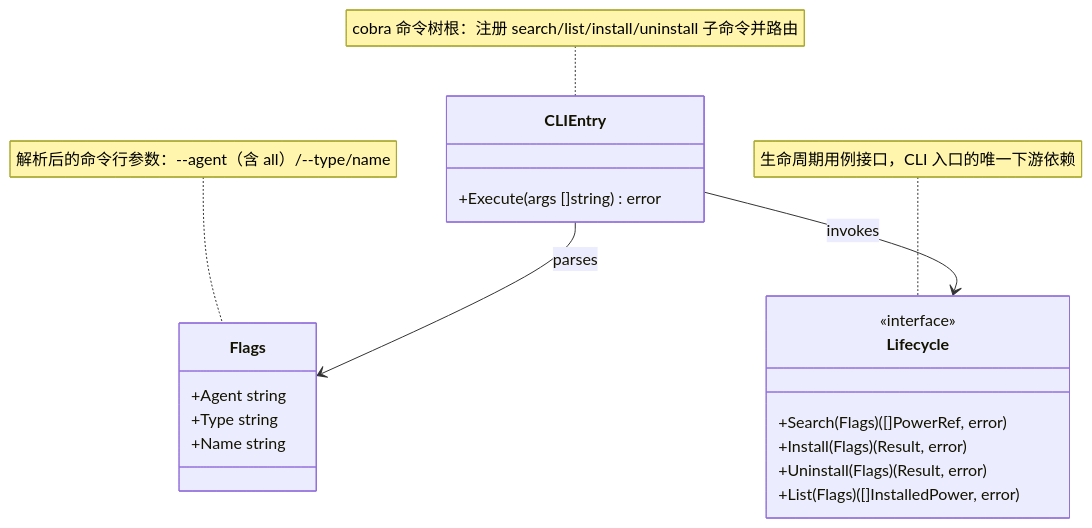
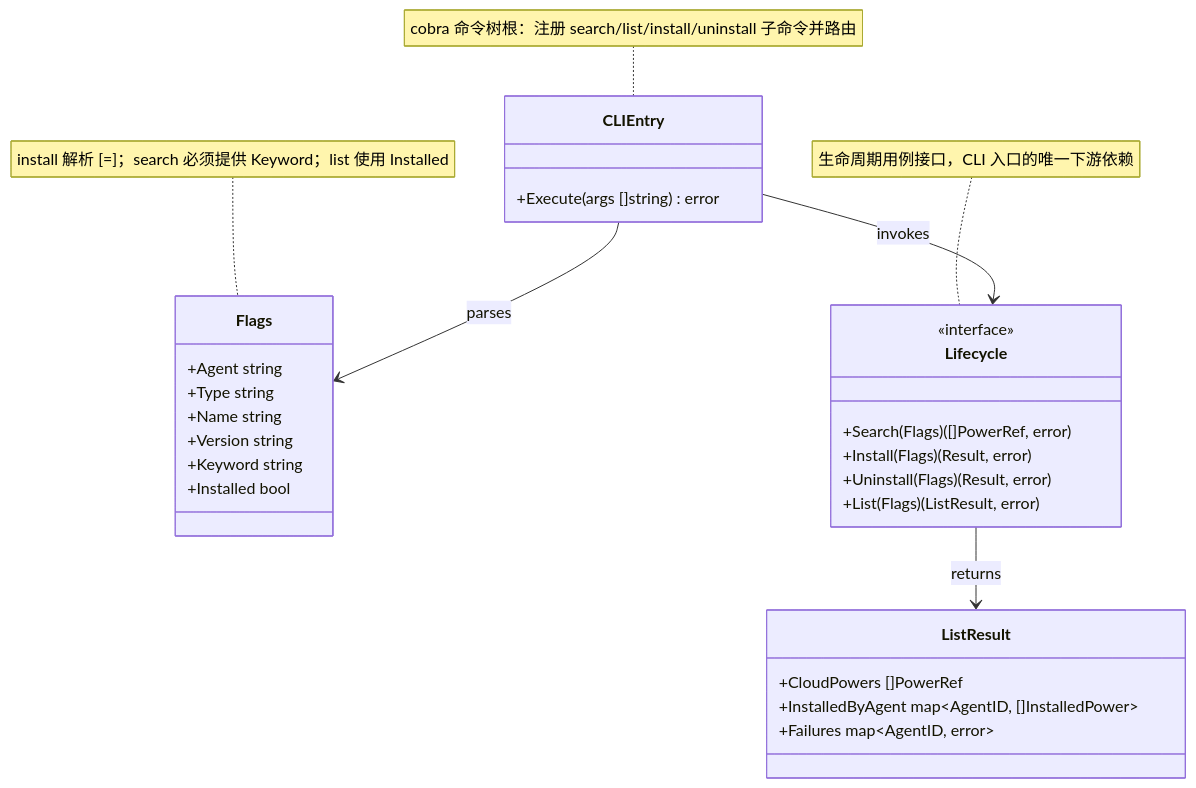
One commit to spacemit-com/agent-power-manager changed the diagram in ivory-tower/c4/components/apm-cli-diagrams/cli-entry.mmd. Above: the diagram before and after it, drawn with Mermaid. The commit also changed 2 other files, not shown here.

Commit message:
docs(c4): align CLI class diagrams with lifecycle

```diff
--- a/ivory-tower/c4/components/apm-cli-diagrams/cli-entry.mmd
+++ b/ivory-tower/c4/components/apm-cli-diagrams/cli-entry.mmd
@@ -1,24 +1,34 @@
 classDiagram
-    note for Flags "解析后的命令行参数：--agent（含 all）/--type/name"
+    note for Flags "install 解析 <power>[=<version>]；search 必须提供 Keyword；list 使用 Installed"
     class Flags {
         +Agent string
         +Type string
         +Name string
+        +Version string
+        +Keyword string
+        +Installed bool
+    }
+
+    class ListResult {
+        +CloudPowers []PowerRef
+        +InstalledByAgent map~AgentID, []InstalledPower~
+        +Failures map~AgentID, error~
     }
 
     note for CLIEntry "cobra 命令树根：注册 search/list/install/uninstall 子命令并路由"
     class CLIEntry {
         +Execute(args []string) error
     }
 
     note for Lifecycle "生命周期用例接口，CLI 入口的唯一下游依赖"
     class Lifecycle {
         <<interface>>
         +Search(Flags) ([]PowerRef, error)
         +Install(Flags) (Result, error)
         +Uninstall(Flags) (Result, error)
-        +List(Flags) ([]InstalledPower, error)
+        +List(Flags) (ListResult, error)
     }
 
     CLIEntry --> Flags : parses
     CLIEntry --> Lifecycle : invokes
+    Lifecycle --> ListResult : returns
```
